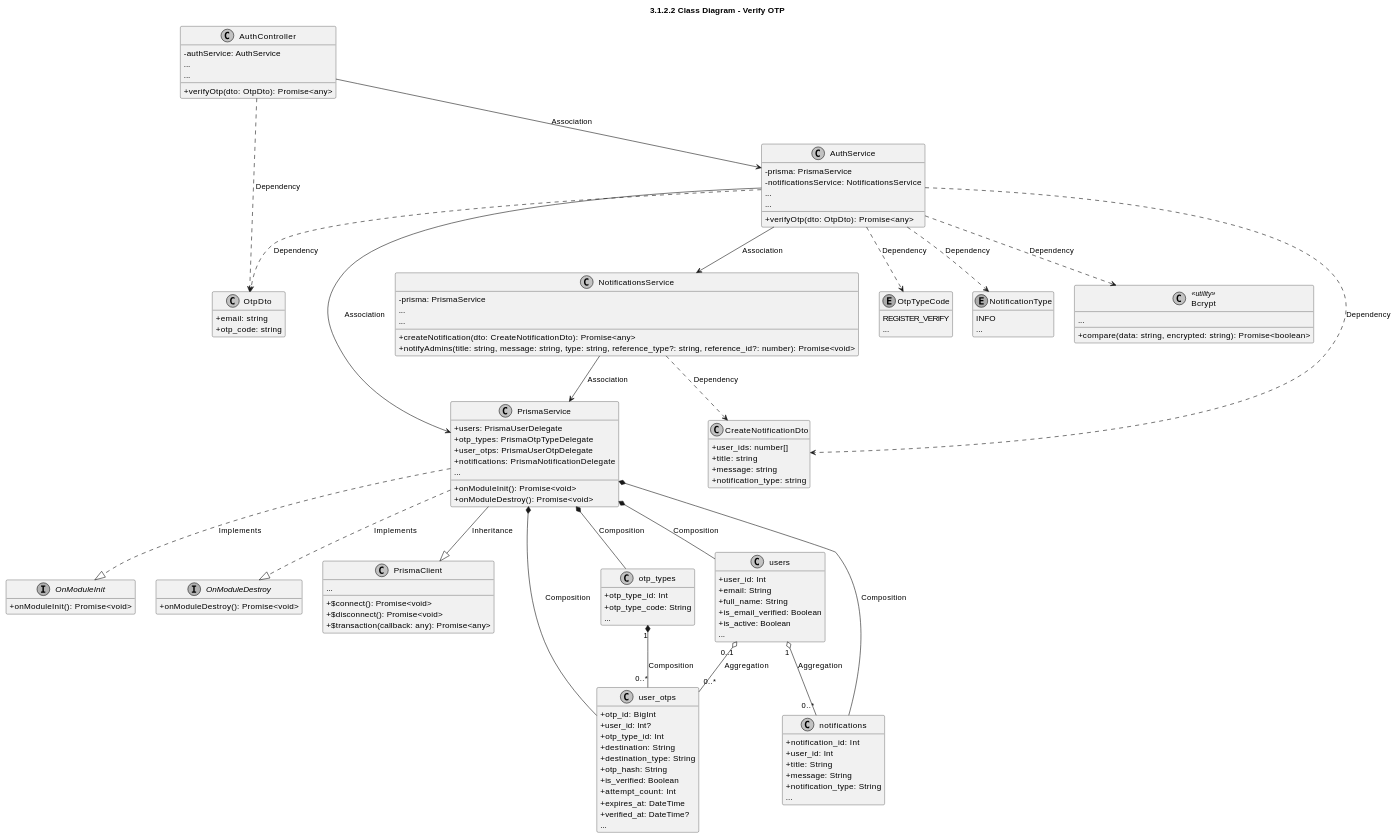
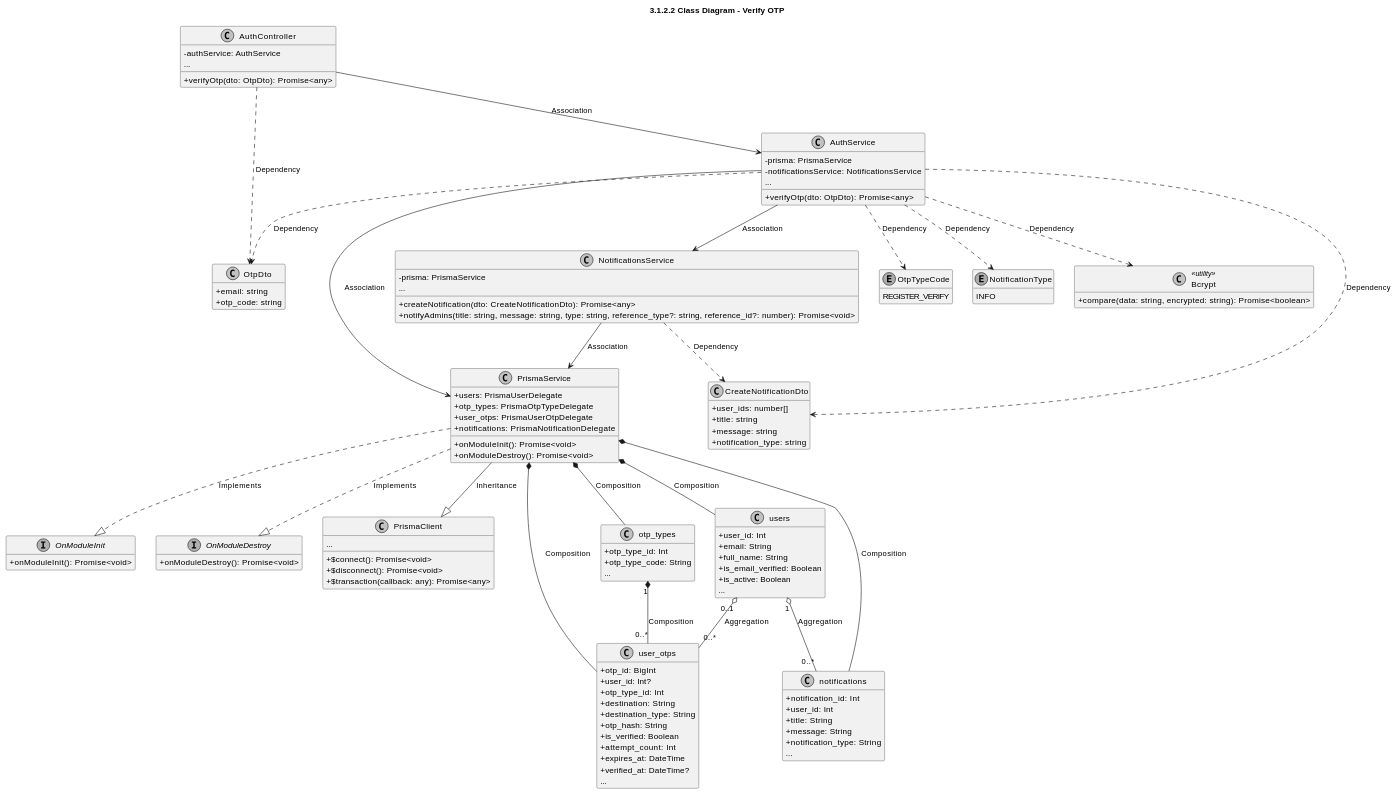
Before and after one commit to CuongBC195/class-diagram-donation-blood: the third of 8 diagrams in modules_plantuml/01_auth.md, drawn with PlantUML. The commit also changed other lines of this file and 41 other files, not shown here.

Commit message:
fix(diagrams): remove duplicate ellipses and resolve swimlane text collisions for enums and utilities

```diff
--- a/modules_plantuml/01_auth.md
+++ b/modules_plantuml/01_auth.md
@@ -398,7 +390,6 @@
 
 class AuthController {
   -authService: AuthService
-  ...
   +verifyOtp(dto: OtpDto): Promise<any>
   ...
 }
@@ -417,30 +408,25 @@
 
 enum OtpTypeCode {
   REGISTER_VERIFY
-  ...
 }
 
 enum NotificationType {
   INFO
-  ...
 }
 
 class AuthService {
   -prisma: PrismaService
   -notificationsService: NotificationsService
-  ...
   +verifyOtp(dto: OtpDto): Promise<any>
   ...
 }
 
 class Bcrypt <<utility>> {
   +compare(data: string, encrypted: string): Promise<boolean>
-  ...
 }
 
 class NotificationsService {
   -prisma: PrismaService
-  ...
   +createNotification(dto: CreateNotificationDto): Promise<any>
   +notifyAdmins(title: string, message: string, type: string, reference_type?: string, reference_id?: number): Promise<void>
   ...
@@ -466,7 +452,6 @@
   +otp_types: PrismaOtpTypeDelegate
   +user_otps: PrismaUserOtpDelegate
   +notifications: PrismaNotificationDelegate
-  ...
   +onModuleInit(): Promise<void>
   +onModuleDestroy(): Promise<void>
 }
```
